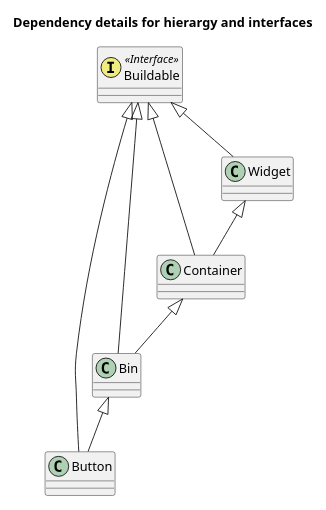
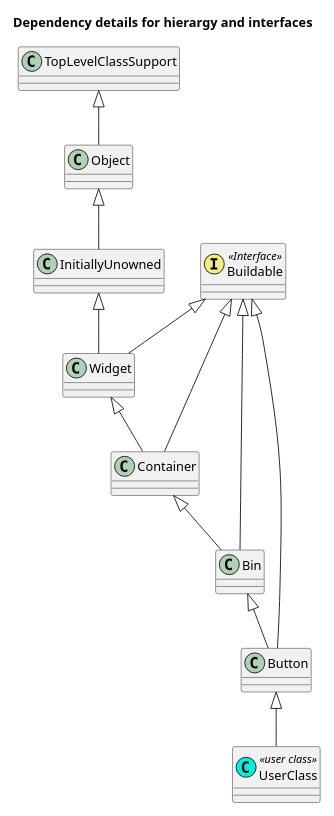
One commit to MARTIMM/gnome-gtk3 changed the first of 4 diagrams in Design-docs/Design.md. Above: the diagram before and after it, drawn with PlantUML. The commit also changed other lines of this file and 1 other file, not shown here.

````diff
--- a/Design-docs/Design.md
+++ b/Design-docs/Design.md
@@ -137,21 +137,21 @@
 ```plantuml
 scale 0.7
 title Dependency details for hierargy and interfaces
 
-class Button
-class Bin
-class Container
-class Widget
-
+class UserClass << (C, #00efe0) user class >>
 class Buildable << (I, #efed80) Interface >>
 
 Buildable <|-- Widget
 Buildable <|-- Container
 Buildable <|-- Bin
 Buildable <|-- Button
 
+TopLevelClassSupport <|-- Object
+Object <|-- InitiallyUnowned
+InitiallyUnowned <|-- Widget
 Widget <|-- Container
 Container <|-- Bin
 Bin <|-- Button
+Button <|-- UserClass
 
 ```
````
